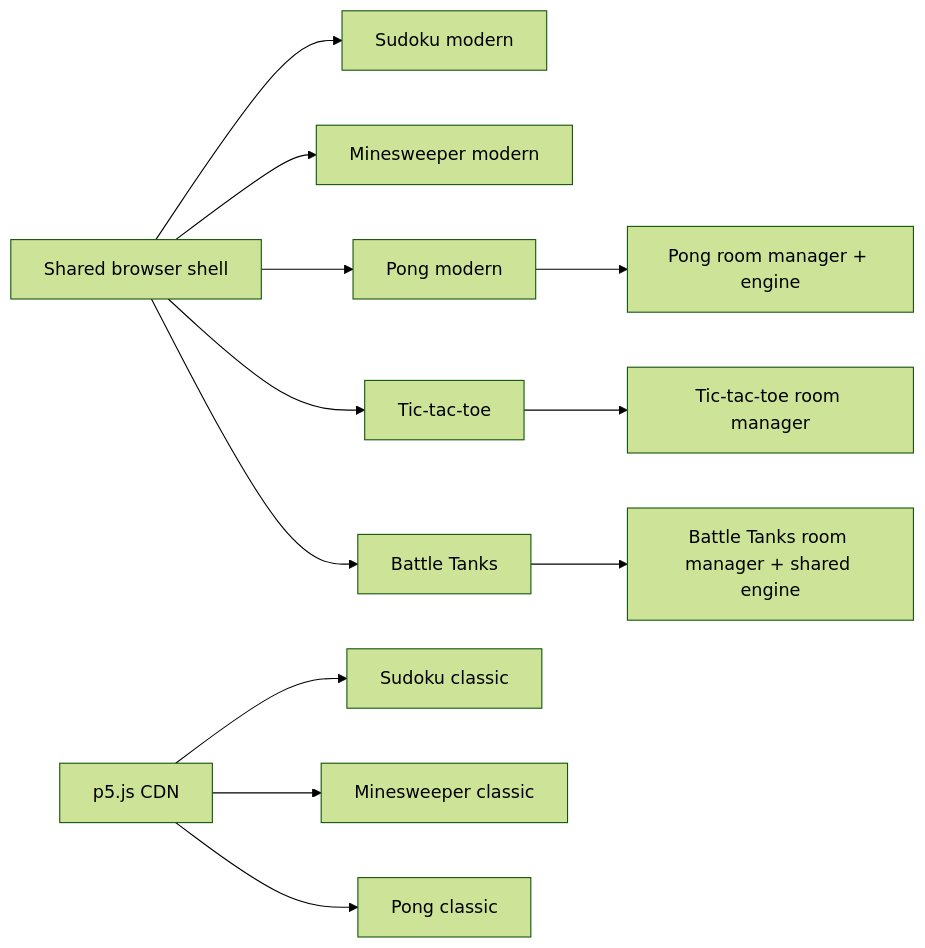
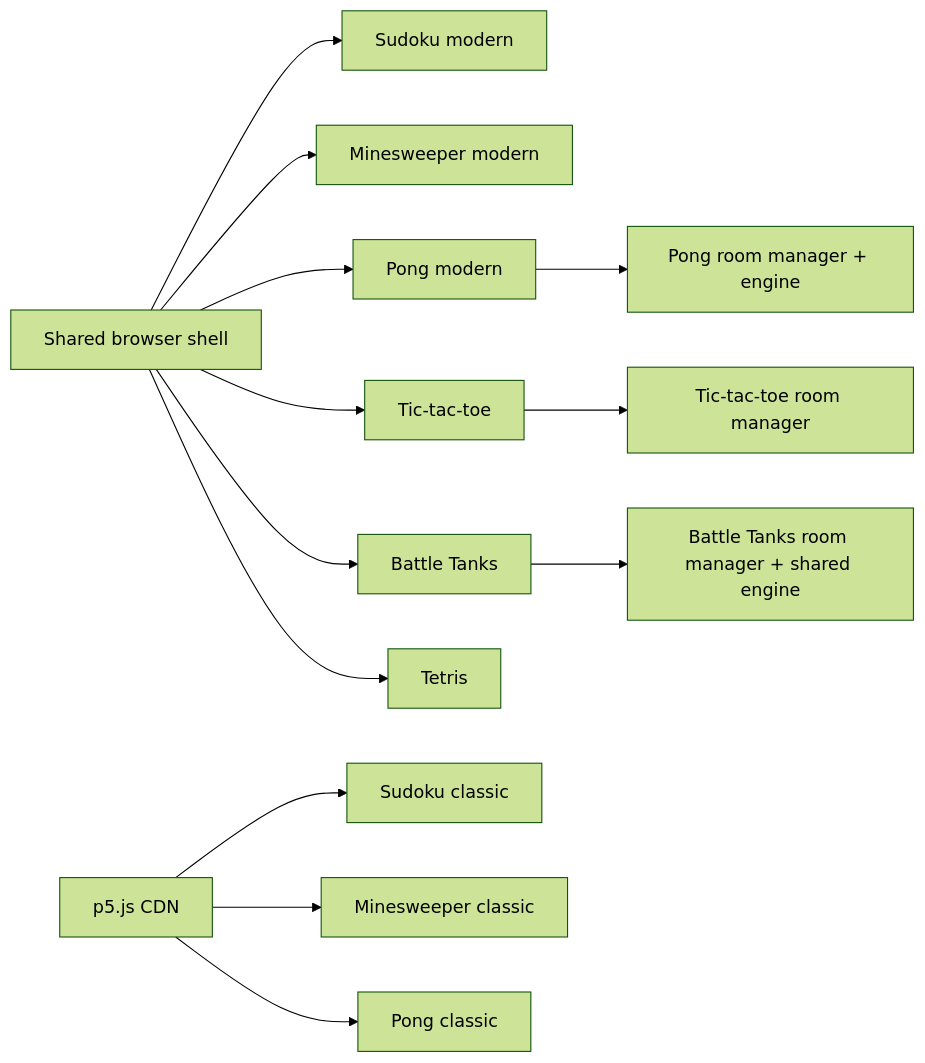
Before and after one commit to bashmohandes/Javascript: the third of 8 diagrams in docs/architecture.md, drawn with Mermaid (forest theme). The commit also changed other lines of this file and 23 other files, not shown here.

````diff
--- a/docs/architecture.md
+++ b/docs/architecture.md
@@ -76,14 +81,15 @@
 ```mermaid
 flowchart LR
   Shared[Shared browser shell] --> SU[Sudoku modern]
   Shared --> MS[Minesweeper modern]
   Shared --> PO[Pong modern]
   Shared --> TT[Tic-tac-toe]
   Shared --> BT[Battle Tanks]
+  Shared --> TE[Tetris]
   P5[p5.js CDN] --> SUC[Sudoku classic]
   P5 --> MSC[Minesweeper classic]
   P5 --> POC[Pong classic]
   PO --> WR[Pong room manager + engine]
   TT --> TR[Tic-tac-toe room manager]
   BT --> BR[Battle Tanks room manager + shared engine]
 ```
````
